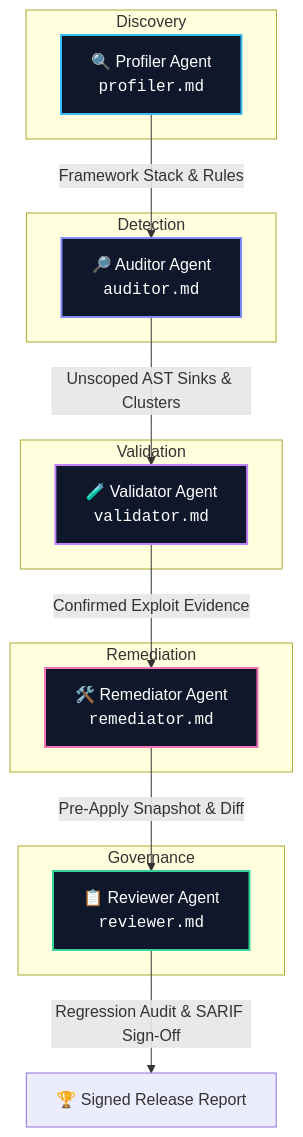
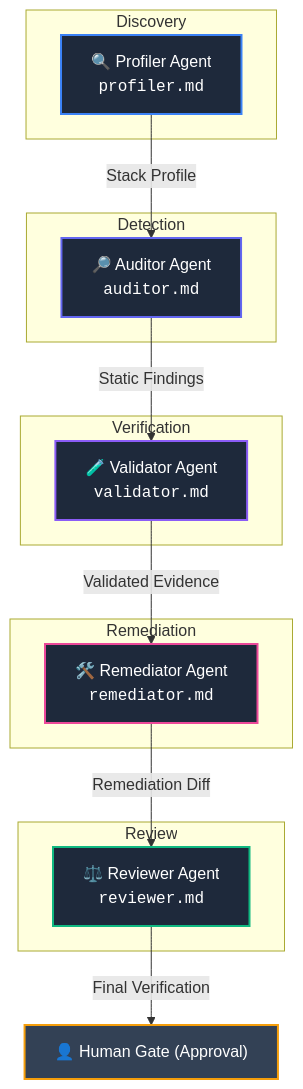
One commit to githubmofo/TorusGuard changed the third of 3 diagrams in README.md. Above: the diagram before and after it, drawn with Mermaid. The commit also changed other lines of this file, not shown here.

Commit message:
Rewrite README.md from scratch with Dual-Track Architecture, banner, badges, and complete catalog

````diff
--- a/README.md
+++ b/README.md
@@ -157,30 +170,31 @@
 ```mermaid
 flowchart TD
     subgraph Discovery
         P["🔍 Profiler Agent<br><code>profiler.md</code>"]
     end
     subgraph Detection
         A["🔎 Auditor Agent<br><code>auditor.md</code>"]
     end
-    subgraph Validation
+    subgraph Verification
         V["🧪 Validator Agent<br><code>validator.md</code>"]
     end
     subgraph Remediation
         R["🛠️ Remediator Agent<br><code>remediator.md</code>"]
     end
-    subgraph Governance
-        Rev["📋 Reviewer Agent<br><code>reviewer.md</code>"]
+    subgraph Review
+        REV["⚖️ Reviewer Agent<br><code>reviewer.md</code>"]
     end
 
-    P -->|Framework Stack & Rules| A
-    A -->|Unscoped AST Sinks & Clusters| V
-    V -->|Confirmed Exploit Evidence| R
-    R -->|Pre-Apply Snapshot & Diff| Rev
-    Rev -->|Regression Audit & SARIF Sign-Off| Complete["🏆 Signed Release Report"]
+    P -->|Stack Profile| A
+    A -->|Static Findings| V
+    V -->|Validated Evidence| R
+    R -->|Remediation Diff| REV
+    REV -->|Final Verification| HumanGate["👤 Human Gate (Approval)"]
 
-    style P fill:#0f172a,stroke:#38bdf8,stroke-width:2px,color:#fff
-    style A fill:#0f172a,stroke:#818cf8,stroke-width:2px,color:#fff
-    style V fill:#0f172a,stroke:#c084fc,stroke-width:2px,color:#fff
-    style R fill:#0f172a,stroke:#f472b6,stroke-width:2px,color:#fff
-    style Rev fill:#0f172a,stroke:#34d399,stroke-width:2px,color:#fff
+    style P fill:#1e293b,stroke:#3b82f6,stroke-width:2px,color:#fff
+    style A fill:#1e293b,stroke:#6366f1,stroke-width:2px,color:#fff
+    style V fill:#1e293b,stroke:#8b5cf6,stroke-width:2px,color:#fff
+    style R fill:#1e293b,stroke:#ec4899,stroke-width:2px,color:#fff
+    style REV fill:#1e293b,stroke:#10b981,stroke-width:2px,color:#fff
+    style HumanGate fill:#334155,stroke:#f59e0b,stroke-width:2px,color:#fff
 ```
````
